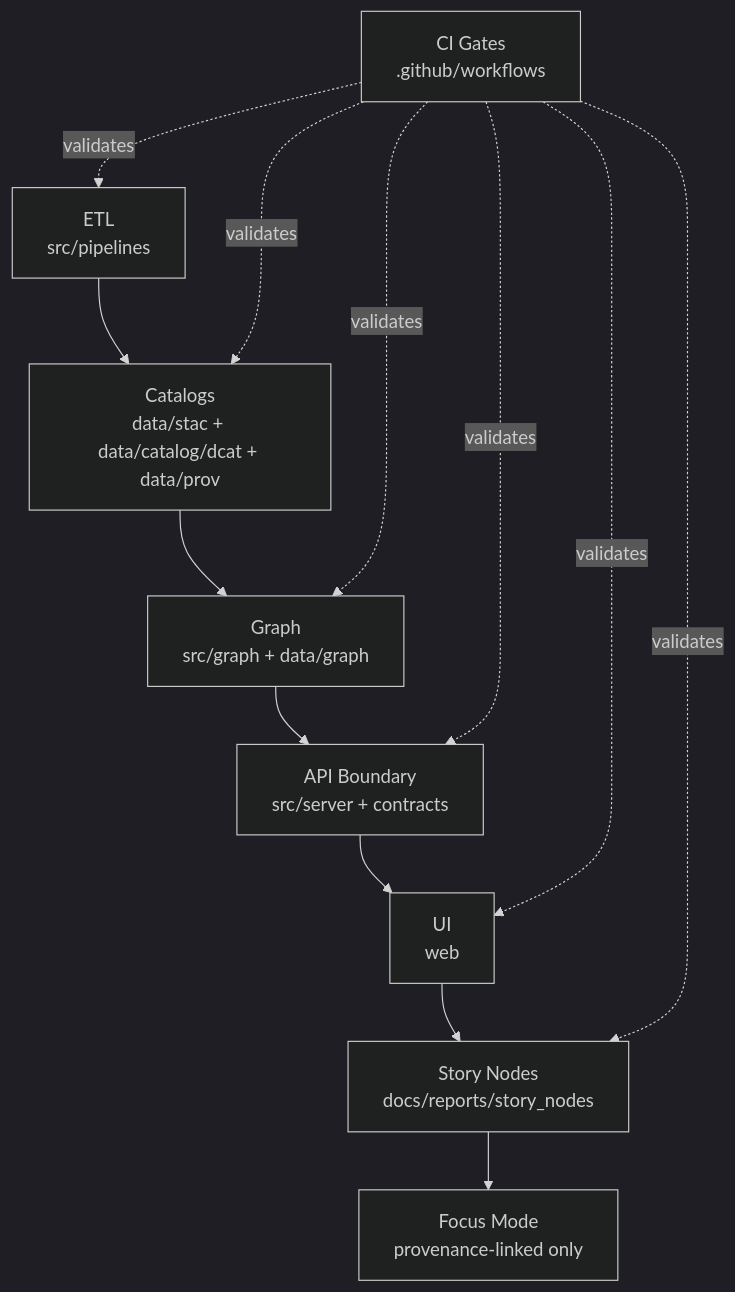
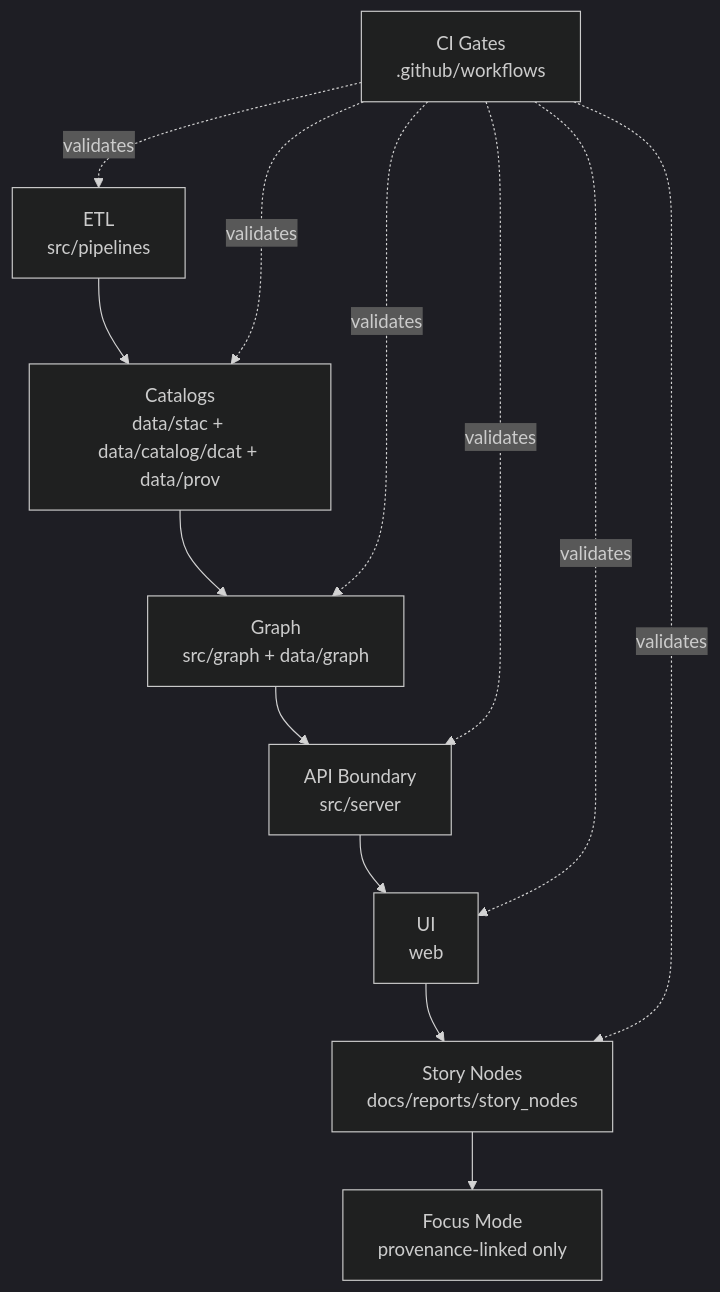
The second of 2 diagrams in .github/SECURITY.md (bartytime4life/Kansas-Frontier-Matrix), drawn with Mermaid (dark theme) before and after one commit. The commit also changed other lines of this file, not shown here.

```diff
--- a/.github/SECURITY.md
+++ b/.github/SECURITY.md
@@ -323,16 +426,16 @@
 ~~~mermaid
 flowchart TB
   A[ETL<br/>src/pipelines] --> B[Catalogs<br/>data/stac + data/catalog/dcat + data/prov]
   B --> C[Graph<br/>src/graph + data/graph]
-  C --> D[API Boundary<br/>src/server + contracts]
+  C --> D[API Boundary<br/>src/server]
   D --> E[UI<br/>web]
   E --> F[Story Nodes<br/>docs/reports/story_nodes]
   F --> G[Focus Mode<br/>provenance-linked only]
 
   CI[CI Gates<br/>.github/workflows] -. validates .-> A
   CI -. validates .-> B
   CI -. validates .-> C
   CI -. validates .-> D
   CI -. validates .-> E
   CI -. validates .-> F
 ~~~
```
